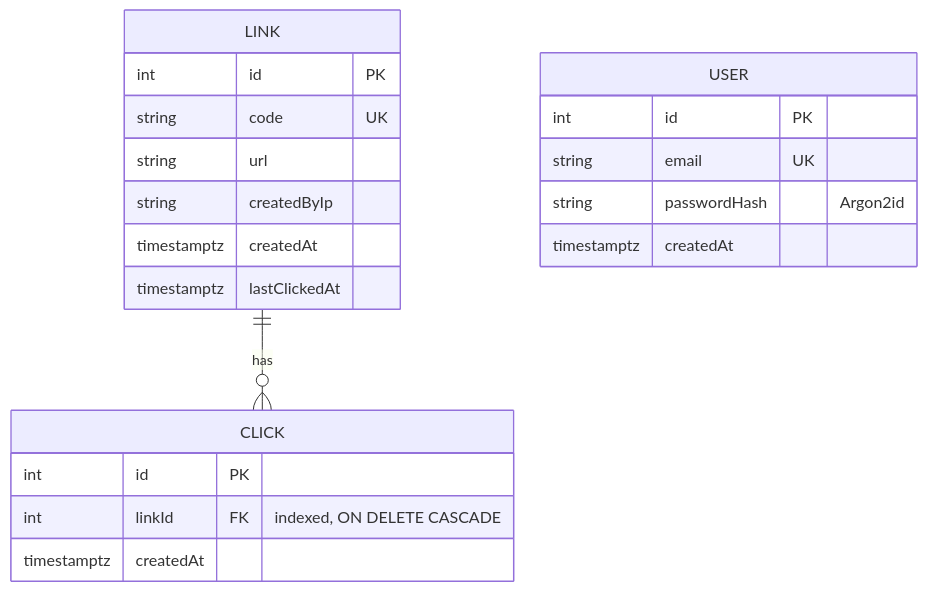
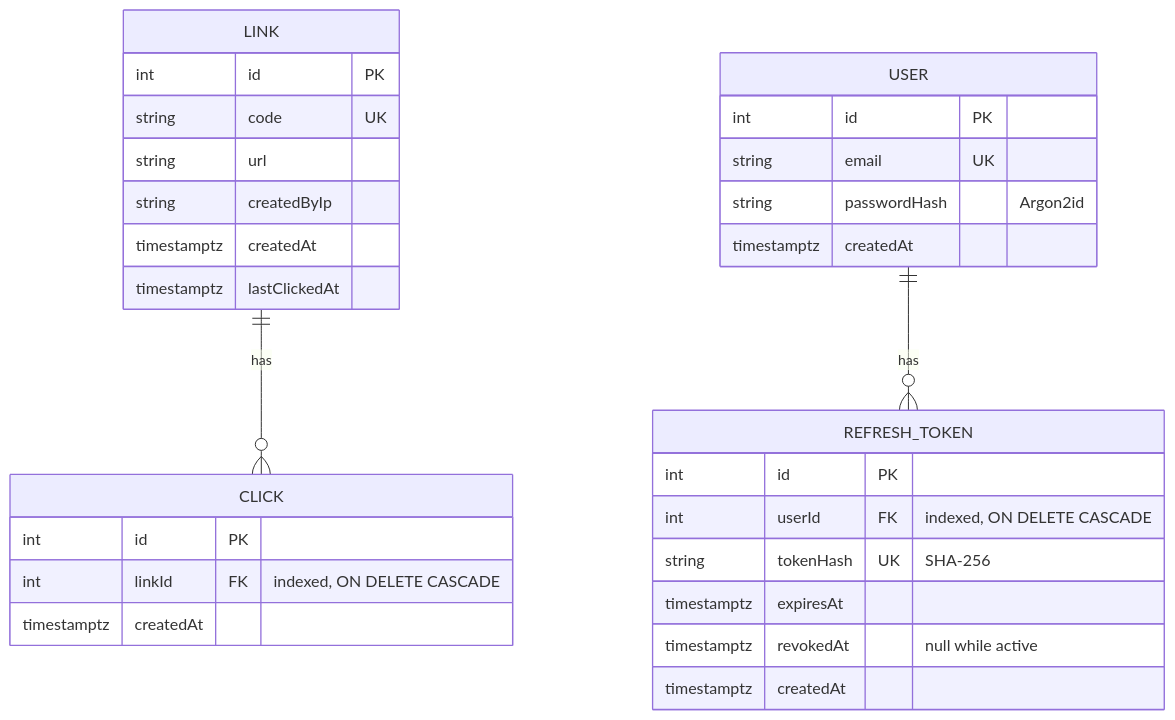
Before and after one commit to huseyincansoylu/shortlink-api: the second of 2 diagrams in README.md, drawn with Mermaid. The commit also changed other lines of this file and 11 other files, not shown here.

First line of the commit message:
feat(auth): add refresh token rotation with reuse detection

````diff
--- a/README.md
+++ b/README.md
@@ -38,23 +39,32 @@
 ```mermaid
 erDiagram
     LINK ||--o{ CLICK : has
+    USER ||--o{ REFRESH_TOKEN : has
     LINK {
         int id PK
         string code UK
         string url
         string createdByIp
         timestamptz createdAt
         timestamptz lastClickedAt
     }
     CLICK {
         int id PK
         int linkId FK "indexed, ON DELETE CASCADE"
         timestamptz createdAt
     }
     USER {
         int id PK
         string email UK
         string passwordHash "Argon2id"
         timestamptz createdAt
     }
+    REFRESH_TOKEN {
+        int id PK
+        int userId FK "indexed, ON DELETE CASCADE"
+        string tokenHash UK "SHA-256"
+        timestamptz expiresAt
+        timestamptz revokedAt "null while active"
+        timestamptz createdAt
+    }
 ```
````
